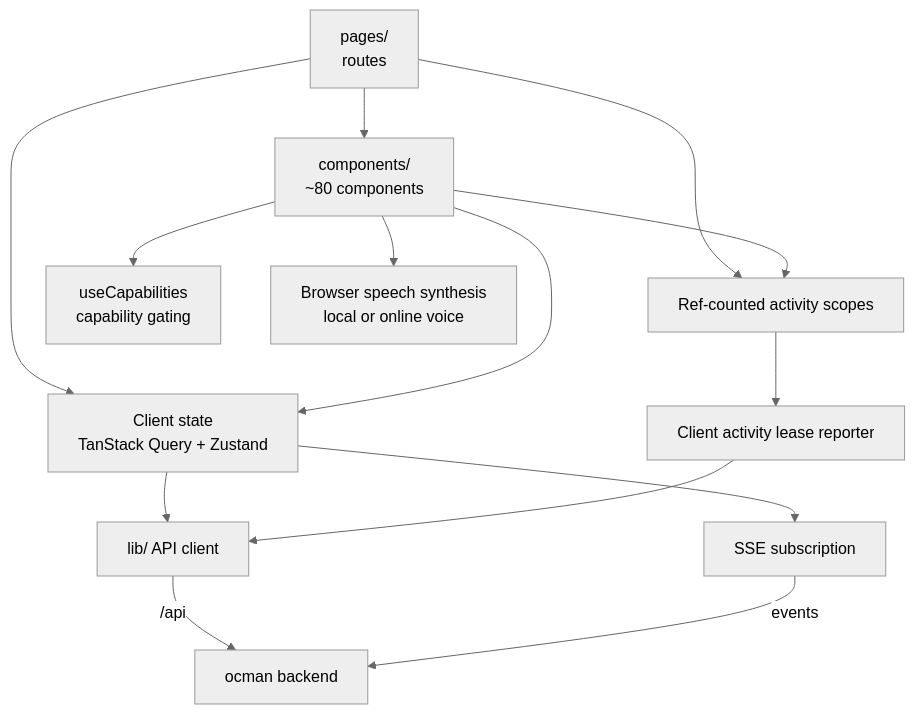
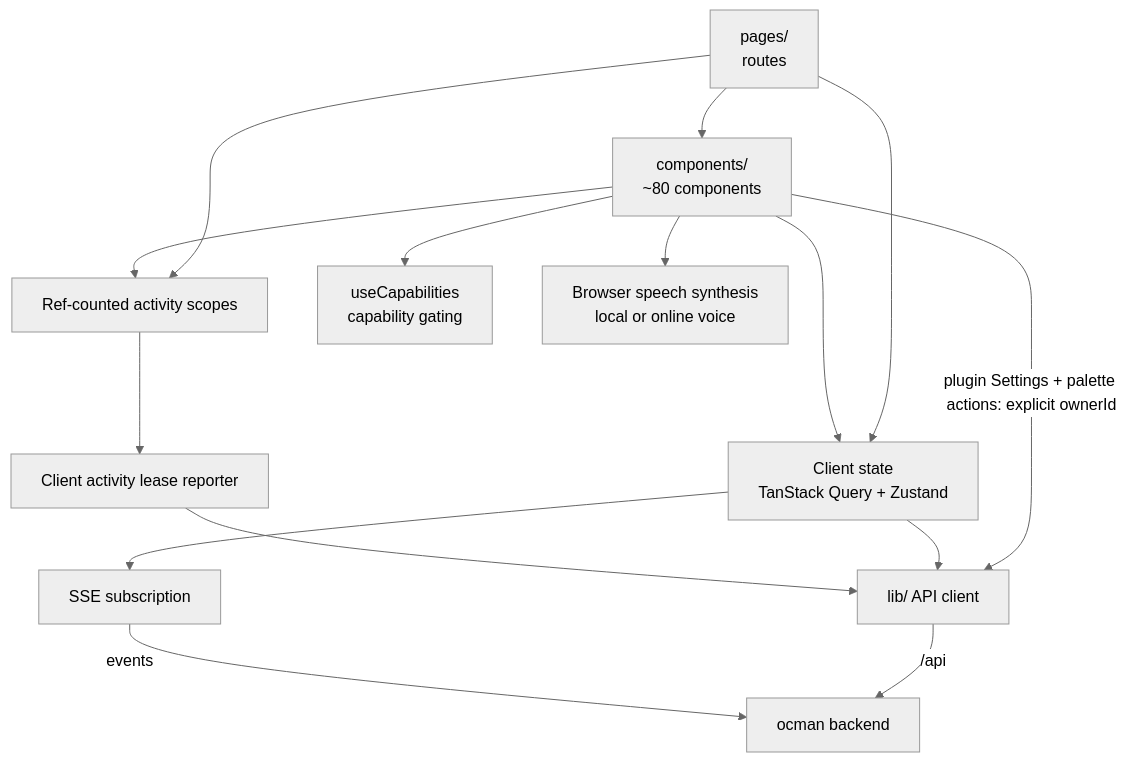
The fifth of 6 diagrams in docs/other/architecture.md (ocman/ocman), drawn with Mermaid (neutral theme) before and after one commit. The commit also changed other lines of this file and 70 other files, not shown here.

````diff
--- a/docs/other/architecture.md
+++ b/docs/other/architecture.md
@@ -283,16 +340,17 @@
 ```mermaid
 flowchart TD
     Pages[pages/<br/>routes] --> Comp[components/<br/>~80 components]
     Pages --> Stores[Client state<br/>TanStack Query + Zustand]
     Comp --> Stores
+    Comp -->|plugin Settings + palette actions: explicit ownerId| API
     Stores --> API[lib/ API client]
     Stores --> SSE[SSE subscription]
     Pages --> Scopes[Ref-counted activity scopes]
     Comp --> Scopes
     Scopes --> Reporter[Client activity lease reporter]
     Reporter --> API
     API -->|/api| Hub[ocman backend]
     SSE -->|events| Hub
     Comp --> Caps[useCapabilities<br/>capability gating]
     Comp --> Speech[Browser speech synthesis<br/>local or online voice]
 ```
````
